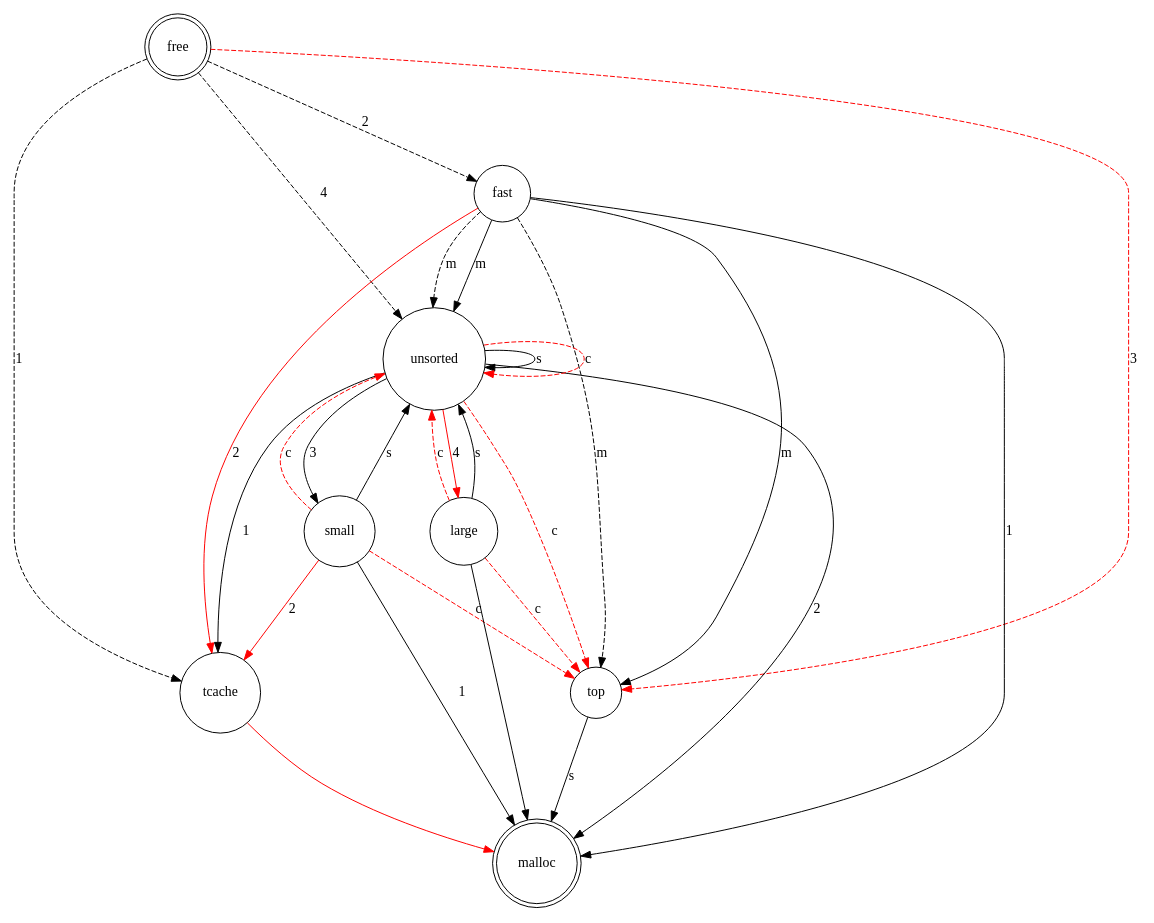
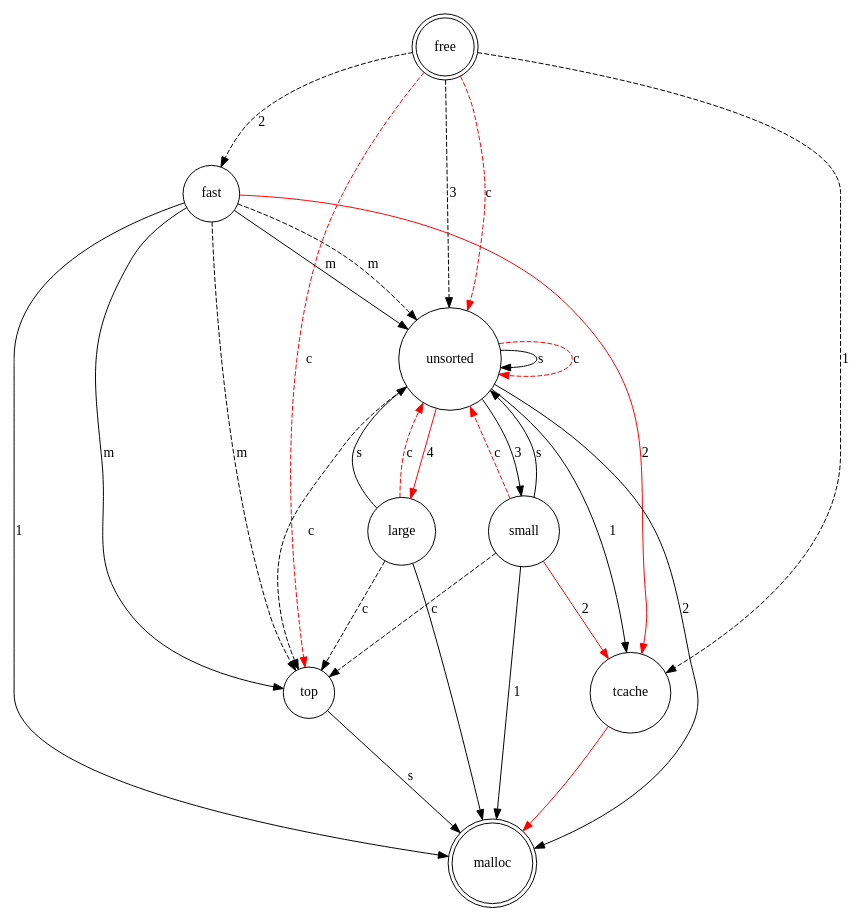
Before and after one commit to RioKato/pwn-cheatsheet: the diagram in heap_trans.gv, drawn with Graphviz. The commit also changed 3 other files, not shown here.

```diff
--- a/heap_trans.gv
+++ b/heap_trans.gv
@@ -1,40 +1,41 @@
 digraph {
-  graph [pad = "0.1", ranksep = "1", nodesep = "0.7"];
+  graph [pad = "0.1", ranksep = "1", nodesep = "0.5"];
   node [shape = doublecircle]; free malloc;
   node [shape = circle];
 
   free -> tcache [style = "dashed", label = "1"];
   free -> fast [style = "dashed", label = "2"];
-  free -> top [style = "dashed", label = "3", color = "red"];
-  free -> unsorted [style = "dashed", label = "4"];
+  free -> unsorted [style = "dashed", label = "3"];
+  free -> top [style = "dashed", label = "c", color = "red"];
+  free -> unsorted [style = "dashed", label = "c", color = "red"];
 
   tcache -> malloc [color = "red"];
 
   unsorted -> tcache [label = "1"];
   unsorted -> malloc [label = "2"];
   unsorted -> small [label = "3"];
   unsorted -> large [label = "4", color = "red"];
   unsorted -> unsorted [label = "s"];
-  unsorted -> top [style = "dashed", label = "c", color = "red"];
+  unsorted -> top [style = "dashed", label = "c"];
   unsorted -> unsorted [style = "dashed", label = "c", color = "red"];
 
   fast -> malloc [label = "1"];
   fast -> tcache [label = "2", color = "red"];
   fast -> top [label = "m"];
   fast -> unsorted [label = "m"];
   fast -> top [style = "dashed", label = "m"];
   fast -> unsorted [style = "dashed", label = "m"];
 
   small -> malloc [label = "1"];
   small -> tcache [label = "2", color = "red"];
   small -> unsorted [label = "s"];
-  small -> top [style = "dashed", label = "c", color = "red"];
+  small -> top [style = "dashed", label = "c"];
   small -> unsorted [style = "dashed", label = "c", color = "red"];
 
   large -> malloc;
   large -> unsorted [label = "s"];
-  large -> top [style = "dashed", label = "c", color = "red"];
+  large -> top [style = "dashed", label = "c"];
   large -> unsorted [style = "dashed", label = "c", color = "red"];
 
   top -> malloc [label = "s"];
 }
```
